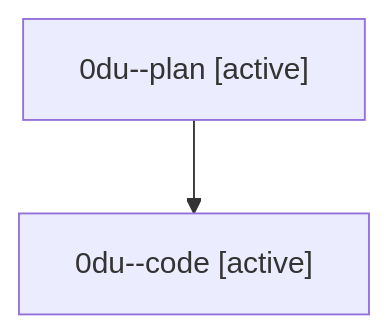
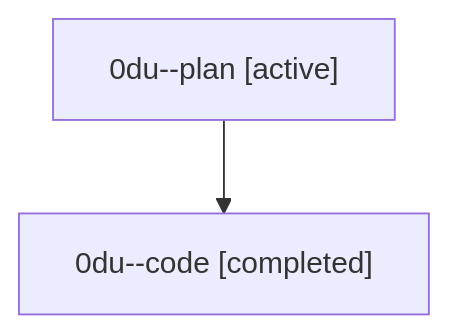
One commit to bobs-org/bob-cli--agents changed the diagram in sessions/bbugyi200.athena.0du.md. Above: the diagram before and after it, drawn with Mermaid. The commit also changed other lines of this file and 16 other files, not shown here.

````diff
--- a/sessions/bbugyi200.athena.0du.md
+++ b/sessions/bbugyi200.athena.0du.md
@@ -9,6 +9,6 @@
 ```mermaid
 flowchart TD
   n0["0du--plan [active]"]
-  n1["0du--code [active]"]
+  n1["0du--code [completed]"]
   n0 --> n1
 ```
````
